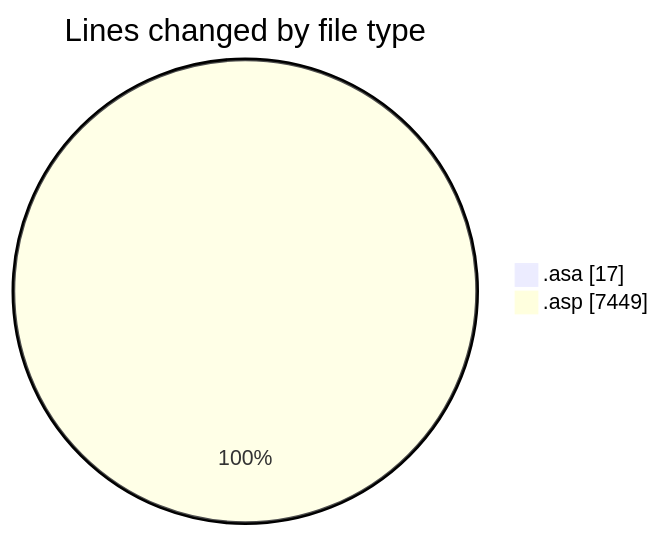
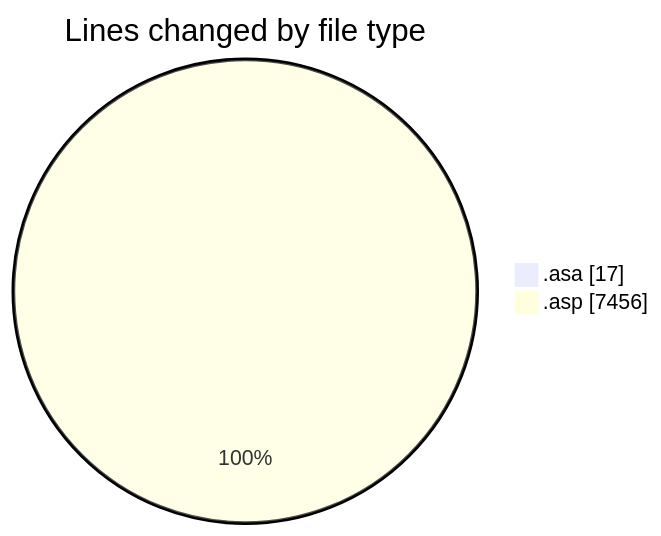
One commit to julien-gomy/code-tracking changed the first of 2 diagrams in 2025-11-06/usr_aleoudev_fr__workspace_/README.md. Above: the diagram before and after it, drawn with Mermaid. The commit also changed other lines of this file and 1 other file, not shown here.

````diff
--- a/2025-11-06/usr_aleoudev_fr__workspace_/README.md
+++ b/2025-11-06/usr_aleoudev_fr__workspace_/README.md
@@ -24,6 +24,6 @@
 ```mermaid
 pie showData
 title Lines changed by file type
 ".asa" : 17
-".asp" : 7449
+".asp" : 7456
 ```
````
